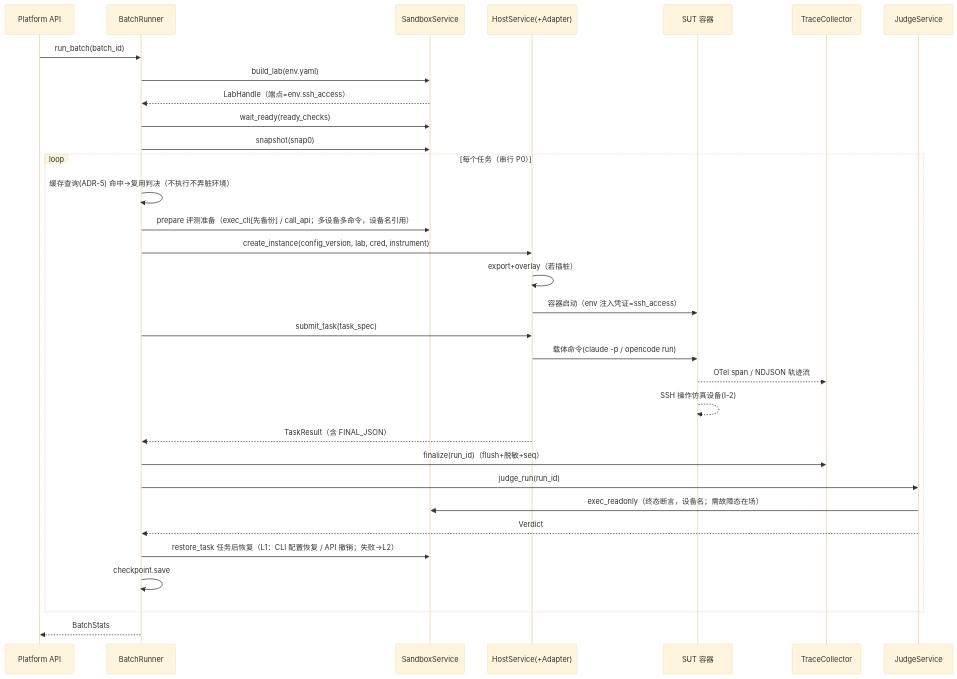
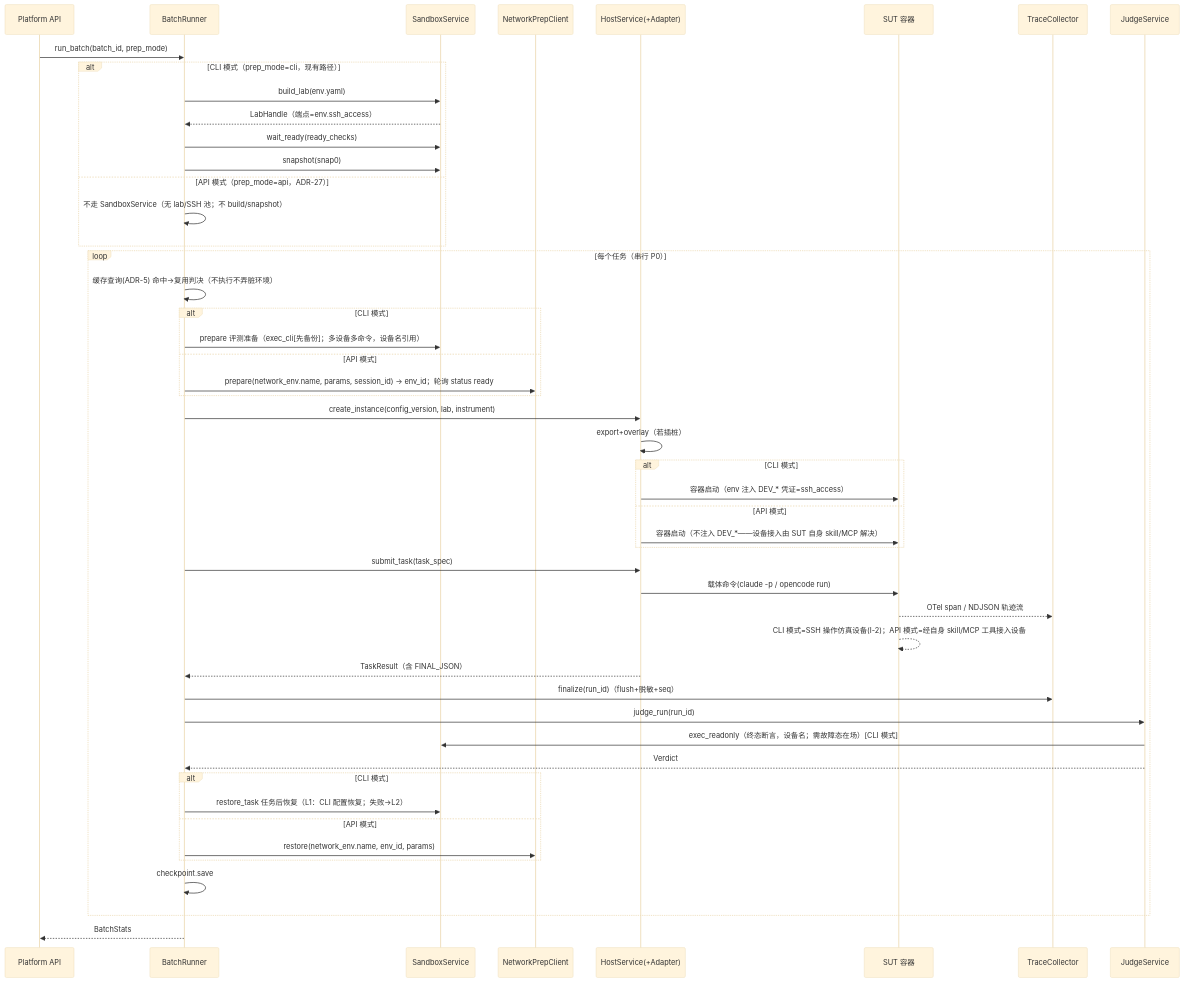
The third of 5 diagrams in docs/_rsi_playground_design.md (sah6b66/rsi_playground), drawn with Mermaid (base theme) before and after one commit. The commit also changed other lines of this file and 8 other files, not shown here.

Commit message:
docs: RSI session dual-mode architecture — ADR-27, five-doc update, API contracts v1 (spec)

````diff
--- a/docs/_rsi_playground_design.md
+++ b/docs/_rsi_playground_design.md
@@ -1000,35 +1021,52 @@
 ```mermaid
 sequenceDiagram
     participant API as Platform API
     participant ORCH as BatchRunner
     participant SBX as SandboxService
+    participant NP as NetworkPrepClient
     participant CAR as HostService(+Adapter)
     participant SUT as SUT 容器
     participant TC as TraceCollector
     participant JD as JudgeService
 
-    API->>ORCH: run_batch(batch_id)
-    ORCH->>SBX: build_lab(env.yaml)            # 数据集级：环境只构建一次
-    SBX-->>ORCH: LabHandle（端点=env.ssh_access）
-    ORCH->>SBX: wait_ready(ready_checks)
-    ORCH->>SBX: snapshot(snap0)                # 基线快照（L2 兜底）
+    API->>ORCH: run_batch(batch_id, prep_mode)
+    alt CLI 模式（prep_mode=cli，现有路径）
+        ORCH->>SBX: build_lab(env.yaml)            # 数据集级：环境只构建一次
+        SBX-->>ORCH: LabHandle（端点=env.ssh_access）
+        ORCH->>SBX: wait_ready(ready_checks)
+        ORCH->>SBX: snapshot(snap0)                # 基线快照（L2 兜底）
+    else API 模式（prep_mode=api，ADR-27）
+        ORCH->>ORCH: 不走 SandboxService（无 lab/SSH 池；不 build/snapshot）
+    end
     loop 每个任务（串行 P0）
         ORCH->>ORCH: 缓存查询(ADR-5) 命中→复用判决（不执行不弄脏环境）
-        ORCH->>SBX: prepare 评测准备（exec_cli[先备份] / call_api；多设备多命令，设备名引用）
-        ORCH->>CAR: create_instance(config_version, lab, cred, instrument)
+        alt CLI 模式
+            ORCH->>SBX: prepare 评测准备（exec_cli[先备份]；多设备多命令，设备名引用）
+        else API 模式
+            ORCH->>NP: prepare(network_env.name, params, session_id) → env_id；轮询 status ready
+        end
+        ORCH->>CAR: create_instance(config_version, lab, instrument)
         CAR->>CAR: export+overlay（若插桩）
-        CAR->>SUT: 容器启动（env 注入凭证=ssh_access）
+        alt CLI 模式
+            CAR->>SUT: 容器启动（env 注入 DEV_* 凭证=ssh_access）
+        else API 模式
+            CAR->>SUT: 容器启动（不注入 DEV_*——设备接入由 SUT 自身 skill/MCP 解决）
+        end
         ORCH->>CAR: submit_task(task_spec)
         CAR->>SUT: 载体命令(claude -p / opencode run)
         SUT-->>TC: OTel span / NDJSON 轨迹流
-        SUT-->>SUT: SSH 操作仿真设备(I-2)
+        SUT-->>SUT: CLI 模式=SSH 操作仿真设备(I-2)；API 模式=经自身 skill/MCP 工具接入设备
         CAR-->>ORCH: TaskResult（含 FINAL_JSON）
         ORCH->>TC: finalize(run_id)（flush+脱敏+seq）
         ORCH->>JD: judge_run(run_id)
-        JD->>SBX: exec_readonly（终态断言，设备名；需故障态在场）
+        JD->>SBX: exec_readonly（终态断言，设备名；需故障态在场）[CLI 模式]
         JD-->>ORCH: Verdict
-        ORCH->>SBX: restore_task 任务后恢复（L1：CLI 配置恢复 / API 撤销；失败→L2）
+        alt CLI 模式
+            ORCH->>SBX: restore_task 任务后恢复（L1：CLI 配置恢复；失败→L2）
+        else API 模式
+            ORCH->>NP: restore(network_env.name, env_id, params)
+        end
         ORCH->>ORCH: checkpoint.save
     end
     ORCH-->>API: BatchStats
 ```
````
